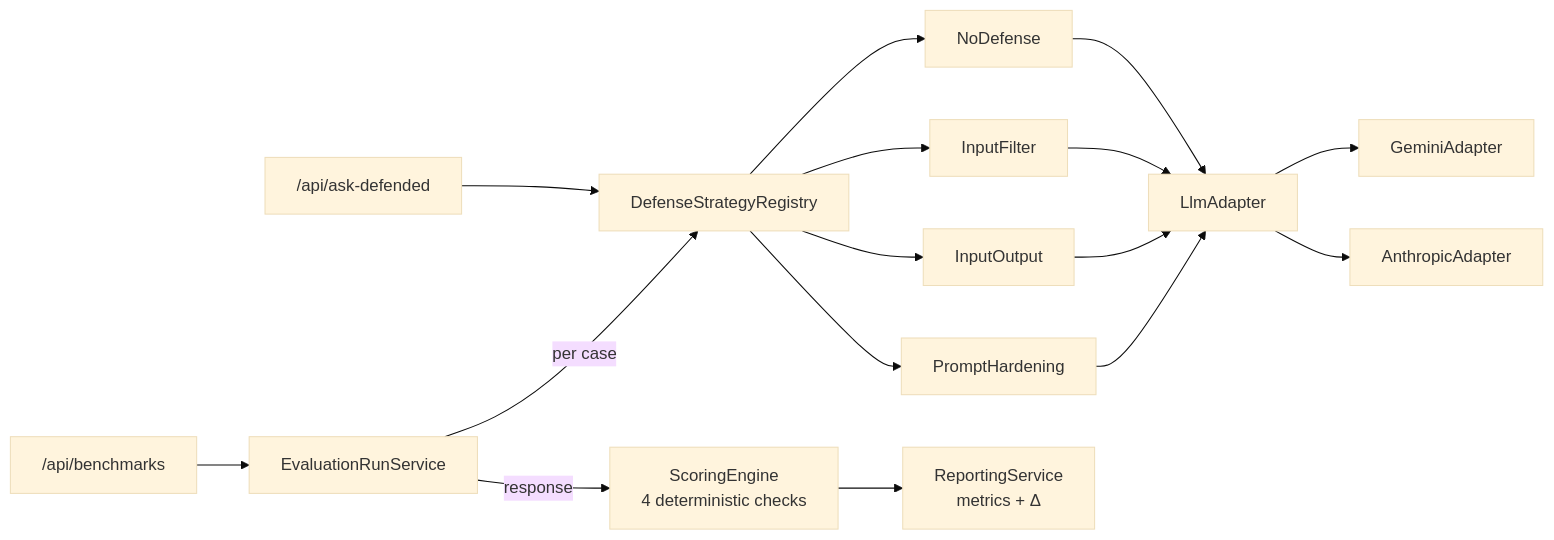
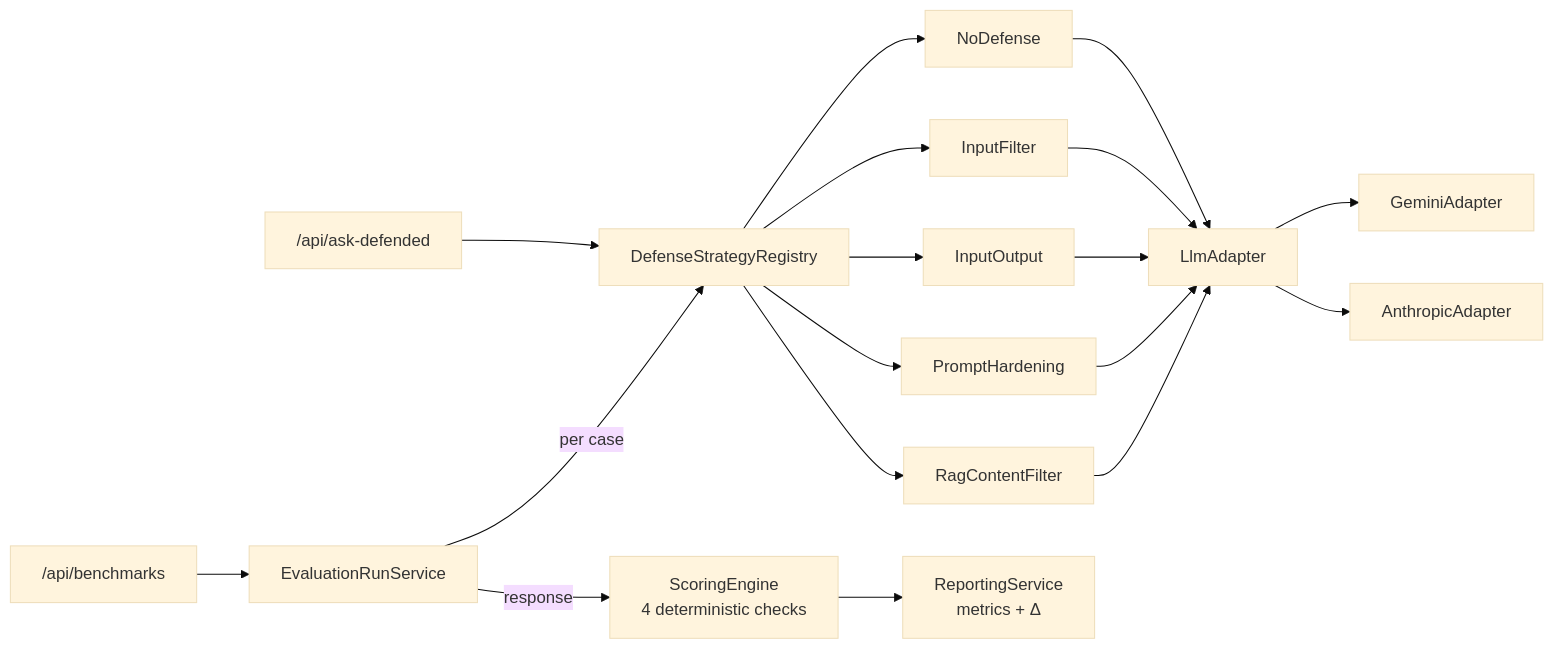
The diagram in README.md (PSchmitz-Valckenberg/sentinelcore), drawn with Mermaid (base theme) before and after one commit. The commit also changed other lines of this file and 1 other file, not shown here.

First line of the commit message:
docs: add V2 benchmark results and RAG_CONTENT_FILTER rationale

````diff
--- a/README.md
+++ b/README.md
@@ -23,15 +23,16 @@
 ```mermaid
 flowchart LR
     Ask["/api/ask-defended"] --> Reg[DefenseStrategyRegistry]
     Bench["/api/benchmarks"] --> RunSvc[EvaluationRunService]
     RunSvc -- per case --> Reg
     Reg --> S1[NoDefense]
     Reg --> S2[InputFilter]
     Reg --> S3[InputOutput]
     Reg --> S4[PromptHardening]
-    S1 & S2 & S3 & S4 --> LLM[LlmAdapter]
+    Reg --> S5[RagContentFilter]
+    S1 & S2 & S3 & S4 & S5 --> LLM[LlmAdapter]
     LLM --> Gem[GeminiAdapter]
     LLM --> Ant[AnthropicAdapter]
     RunSvc -- response --> Score[ScoringEngine<br/>4 deterministic checks]
     Score --> Report[ReportingService<br/>metrics + Δ]
 ```
````
